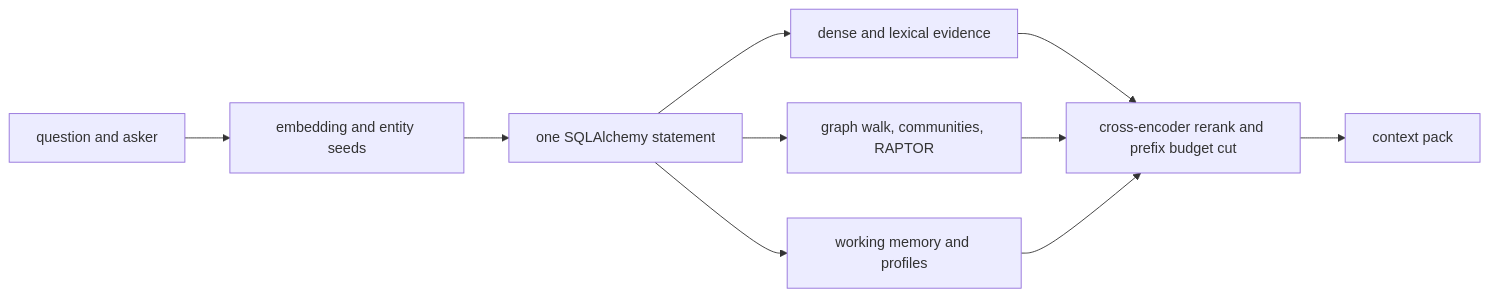
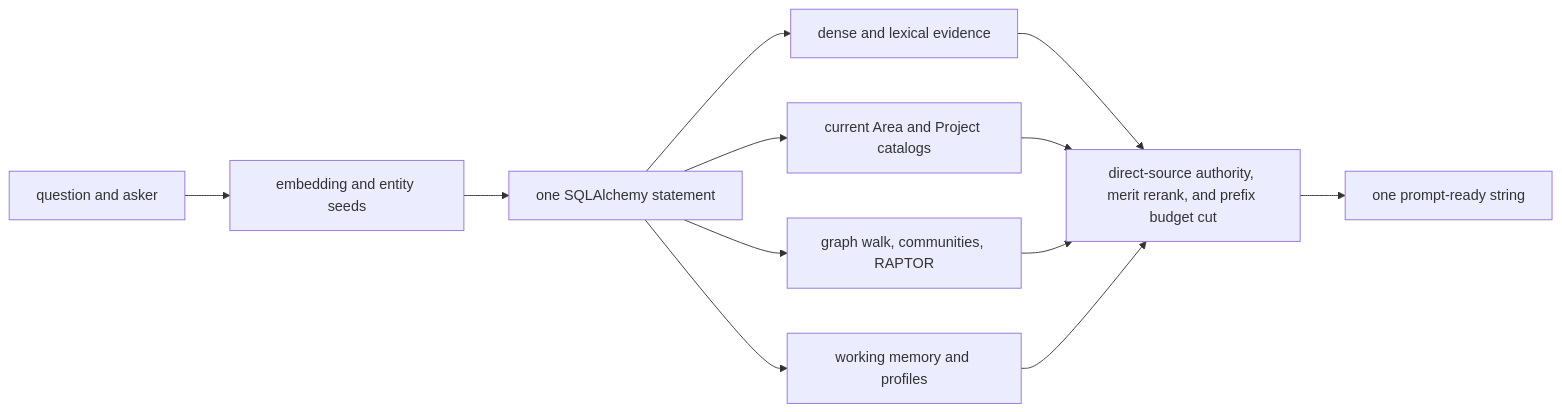
One commit to phvv-me/aizk changed the diagram in docs/engine/read-path.md. Above: the diagram before and after it, drawn with Mermaid. The commit also changed other lines of this file and 298 other files, not shown here.

````diff
--- a/docs/engine/read-path.md
+++ b/docs/engine/read-path.md
@@ -9,12 +9,14 @@
 ```mermaid
 flowchart LR
     Q[question and asker] --> E[embedding and entity seeds]
     E --> S[one SQLAlchemy statement]
     S --> H[dense and lexical evidence]
+    S --> P[current Area and Project catalogs]
     S --> G[graph walk, communities, RAPTOR]
     S --> M[working memory and profiles]
-    H --> B[cross-encoder rerank and prefix budget cut]
+    H --> B[direct-source authority, merit rerank, and prefix budget cut]
+    P --> B
     G --> B
     M --> B
-    B --> C[context pack]
+    B --> C[one prompt-ready string]
 ```
````
